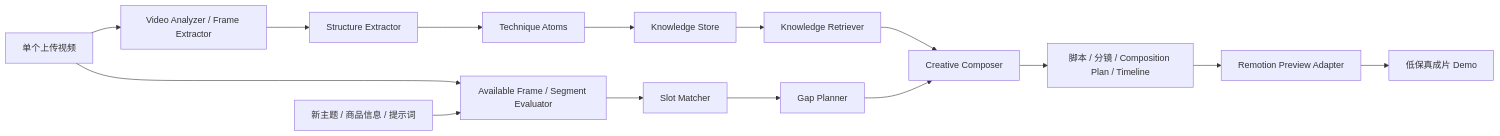
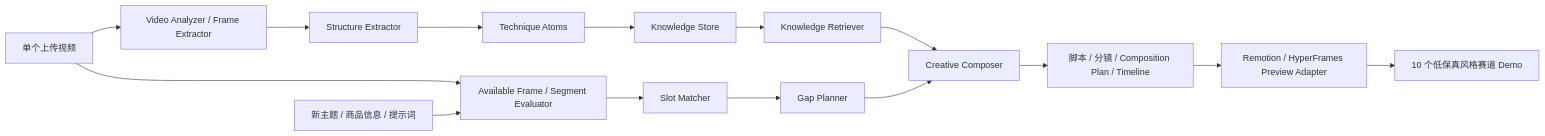
One commit to Explainfuture/byteProject changed the diagram in docs/ARCHITECTURE.md. Above: the diagram before and after it, drawn with Mermaid. The commit also changed other lines of this file and 16 other files, not shown here.

````diff
--- a/docs/ARCHITECTURE.md
+++ b/docs/ARCHITECTURE.md
@@ -5,17 +5,17 @@
 ```mermaid
 flowchart LR
   A[单个上传视频] --> B[Video Analyzer / Frame Extractor]
   B --> C[Structure Extractor]
   C --> D[Technique Atoms]
   D --> E[Knowledge Store]
   A --> G[Available Frame / Segment Evaluator]
   F[新主题 / 商品信息 / 提示词] --> G
   G --> H[Slot Matcher]
   E --> I[Knowledge Retriever]
   I --> J[Creative Composer]
   H --> K[Gap Planner]
   K --> J
   J --> L[脚本 / 分镜 / Composition Plan / Timeline]
-  L --> M[Remotion Preview Adapter]
-  M --> N[低保真成片 Demo]
+  L --> M[Remotion / HyperFrames Preview Adapter]
+  M --> N[10 个低保真风格赛道 Demo]
 ```
````
